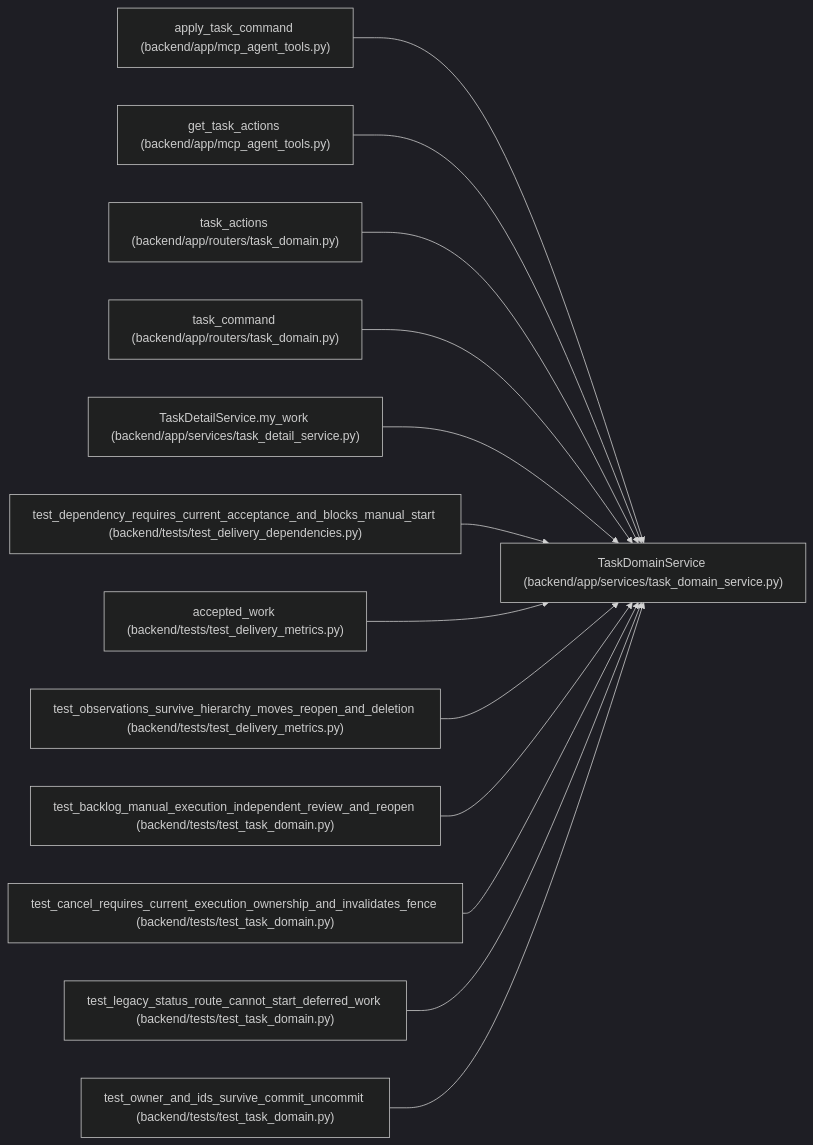
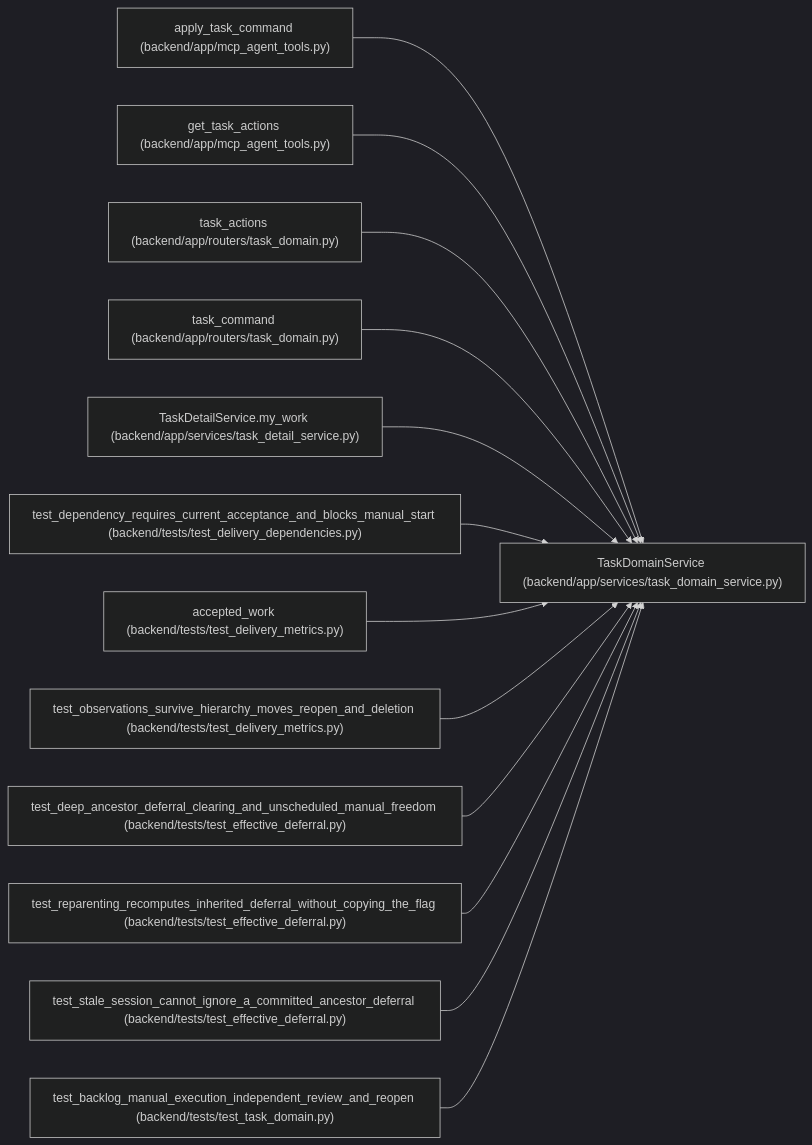
One commit to Denissvgn/WorkChord changed the diagram in docs/llm_wiki/entities/TaskDomainService.md. Above: the diagram before and after it, drawn with Mermaid (dark theme). The commit also changed other lines of this file and 385 other files, not shown here.

````diff
--- a/docs/llm_wiki/entities/TaskDomainService.md
+++ b/docs/llm_wiki/entities/TaskDomainService.md
@@ -31,41 +32,41 @@
 ```mermaid
 flowchart LR
     n0["TaskDomainService (backend/app/services/task_domain_service.py)"]
     n1["apply_task_command (backend/app/mcp_agent_tools.py)"]
     n2["get_task_actions (backend/app/mcp_agent_tools.py)"]
     n3["task_actions (backend/app/routers/task_domain.py)"]
     n4["task_command (backend/app/routers/task_domain.py)"]
     n5["TaskDetailService.my_work (backend/app/services/task_detail_service.py)"]
     n6["test_dependency_requires_current_acceptance_and_blocks_manual_start (backend/tests/test_delivery_dependencies.py)"]
     n7["accepted_work (backend/tests/test_delivery_metrics.py)"]
     n8["test_observations_survive_hierarchy_moves_reopen_and_deletion (backend/tests/test_delivery_metrics.py)"]
-    n9["test_backlog_manual_execution_independent_review_and_reopen (backend/tests/test_task_domain.py)"]
-    n10["test_cancel_requires_current_execution_ownership_and_invalidates_fence (backend/tests/test_task_domain.py)"]
-    n11["test_legacy_status_route_cannot_start_deferred_work (backend/tests/test_task_domain.py)"]
-    n12["test_owner_and_ids_survive_commit_uncommit (backend/tests/test_task_domain.py)"]
+    n9["test_deep_ancestor_deferral_clearing_and_unscheduled_manual_freedom (backend/tests/test_effective_deferral.py)"]
+    n10["test_reparenting_recomputes_inherited_deferral_without_copying_the_flag (backend/tests/test_effective_deferral.py)"]
+    n11["test_stale_session_cannot_ignore_a_committed_ancestor_deferral (backend/tests/test_effective_deferral.py)"]
+    n12["test_backlog_manual_execution_independent_review_and_reopen (backend/tests/test_task_domain.py)"]
     n1 --> n0
     n2 --> n0
     n3 --> n0
     n4 --> n0
     n5 --> n0
     n6 --> n0
     n7 --> n0
     n8 --> n0
     n9 --> n0
     n10 --> n0
     n11 --> n0
     n12 --> n0
     click n0 "../modules/task_domain_service.md"
     click n1 "../modules/mcp_agent_tools.md"
     click n2 "../modules/mcp_agent_tools.md"
     click n3 "../modules/routers_task_domain.md"
     click n4 "../modules/routers_task_domain.md"
     click n5 "../modules/task_detail_service.md"
     click n6 "../modules/test_delivery_dependencies.md"
     click n7 "../modules/test_delivery_metrics.md"
     click n8 "../modules/test_delivery_metrics.md"
-    click n9 "../modules/test_task_domain.md"
-    click n10 "../modules/test_task_domain.md"
-    click n11 "../modules/test_task_domain.md"
+    click n9 "../modules/test_effective_deferral.md"
+    click n10 "../modules/test_effective_deferral.md"
+    click n11 "../modules/test_effective_deferral.md"
     click n12 "../modules/test_task_domain.md"
 ```
````
